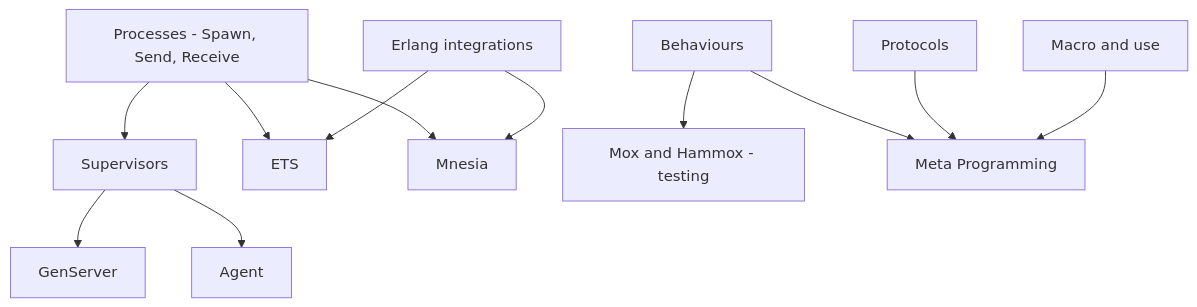
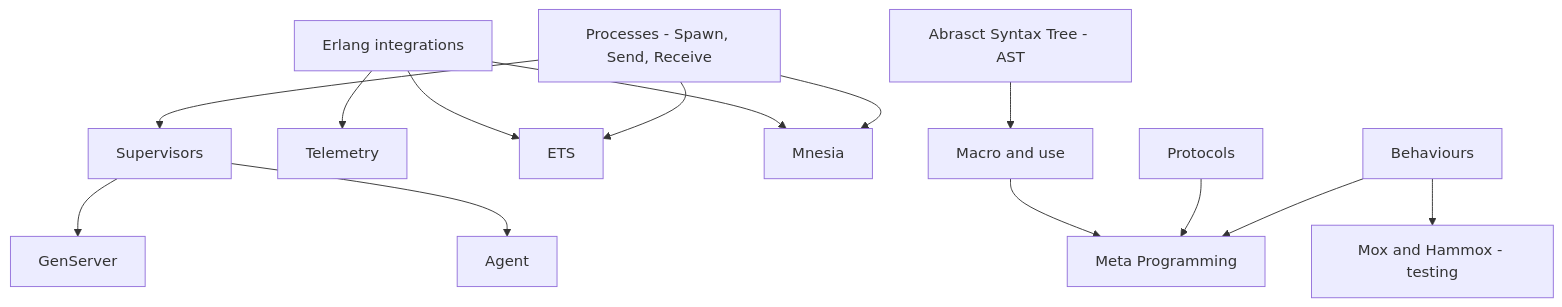
Before and after one commit to WTTJ/elixir-backend-learning-path: the third of 3 diagrams in README.md, drawn with Mermaid. The commit also changed other lines of this file, not shown here.

````diff
--- a/README.md
+++ b/README.md
@@ -294,26 +299,30 @@
 ```mermaid
 graph TD
     Processes[Processes - Spawn, Send, Receive]
     Supervisors[Supervisors]
     Genserver[GenServer]
     Agent[Agent]
     Erlang[Erlang integrations]
+    Telemetry[Telemetry]
     ETS[ETS]
     Mnesia[Mnesia]
     Macro[Macro and use]
     Protocols[Protocols]
     Behaviours[Behaviours]
     Mox[Mox and Hammox - testing]
     MetaProgramming[Meta Programming]
+    AST[Abrasct Syntax Tree - AST]
     Processes --> Supervisors
     Supervisors --> Genserver
     Supervisors --> Agent
     Erlang --> ETS
     Erlang --> Mnesia
+    Erlang --> Telemetry
     Processes --> ETS
     Processes --> Mnesia
+    AST --> Macro
     Macro --> MetaProgramming
     Protocols --> MetaProgramming
     Behaviours --> MetaProgramming
     Behaviours --> Mox
 ```
````
